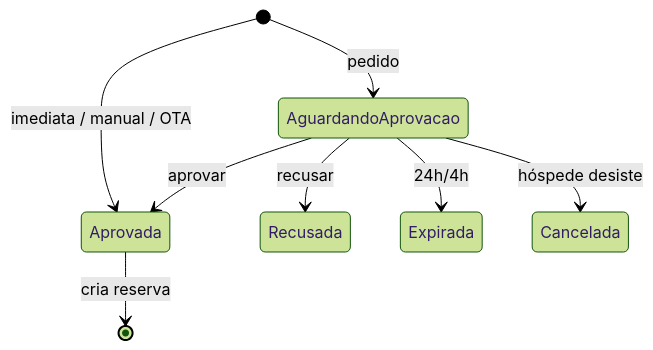
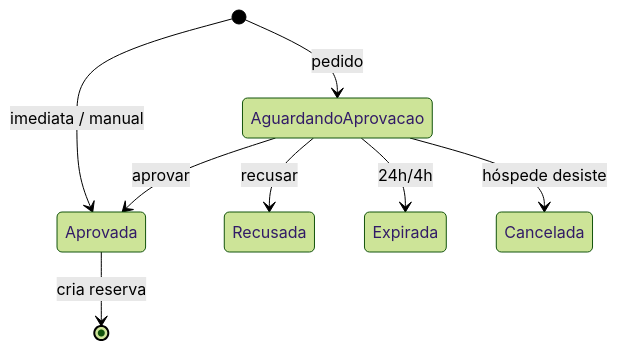
The first of 4 diagrams in docs/produto/specs/spec-00-indice-contrato-comum.md (rieiro/casalivre), drawn with Mermaid (forest theme) before and after one commit. The commit also changed other lines of this file and 6 other files, not shown here.

````diff
--- a/docs/produto/specs/spec-00-indice-contrato-comum.md
+++ b/docs/produto/specs/spec-00-indice-contrato-comum.md
@@ -37,10 +36,10 @@
 ```mermaid
 stateDiagram-v2
   [*] --> AguardandoAprovacao: pedido
-  [*] --> Aprovada: imediata / manual / OTA
+  [*] --> Aprovada: imediata / manual
   AguardandoAprovacao --> Aprovada: aprovar
   AguardandoAprovacao --> Recusada: recusar
   AguardandoAprovacao --> Expirada: 24h/4h
   AguardandoAprovacao --> Cancelada: hóspede desiste
   Aprovada --> [*]: cria reserva
 ```
````
